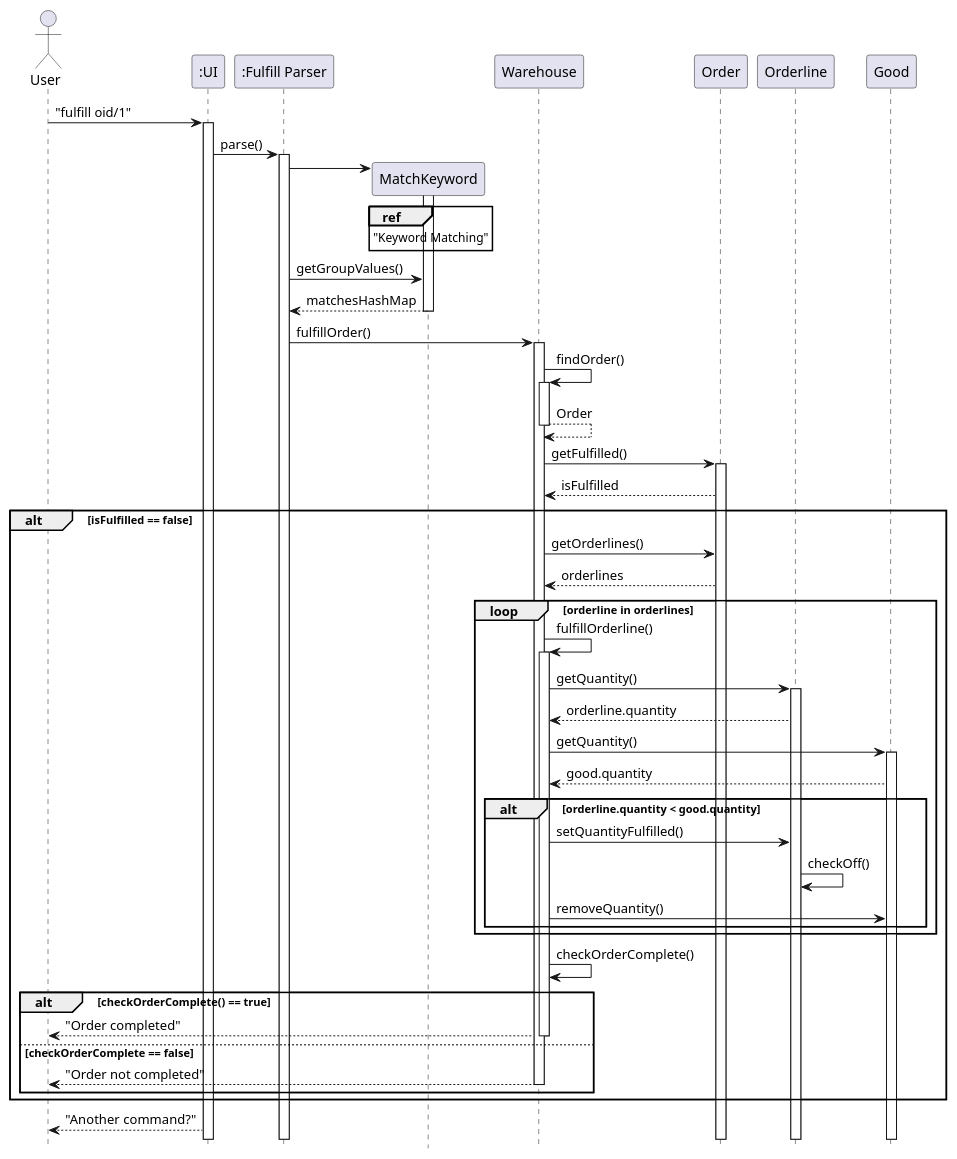
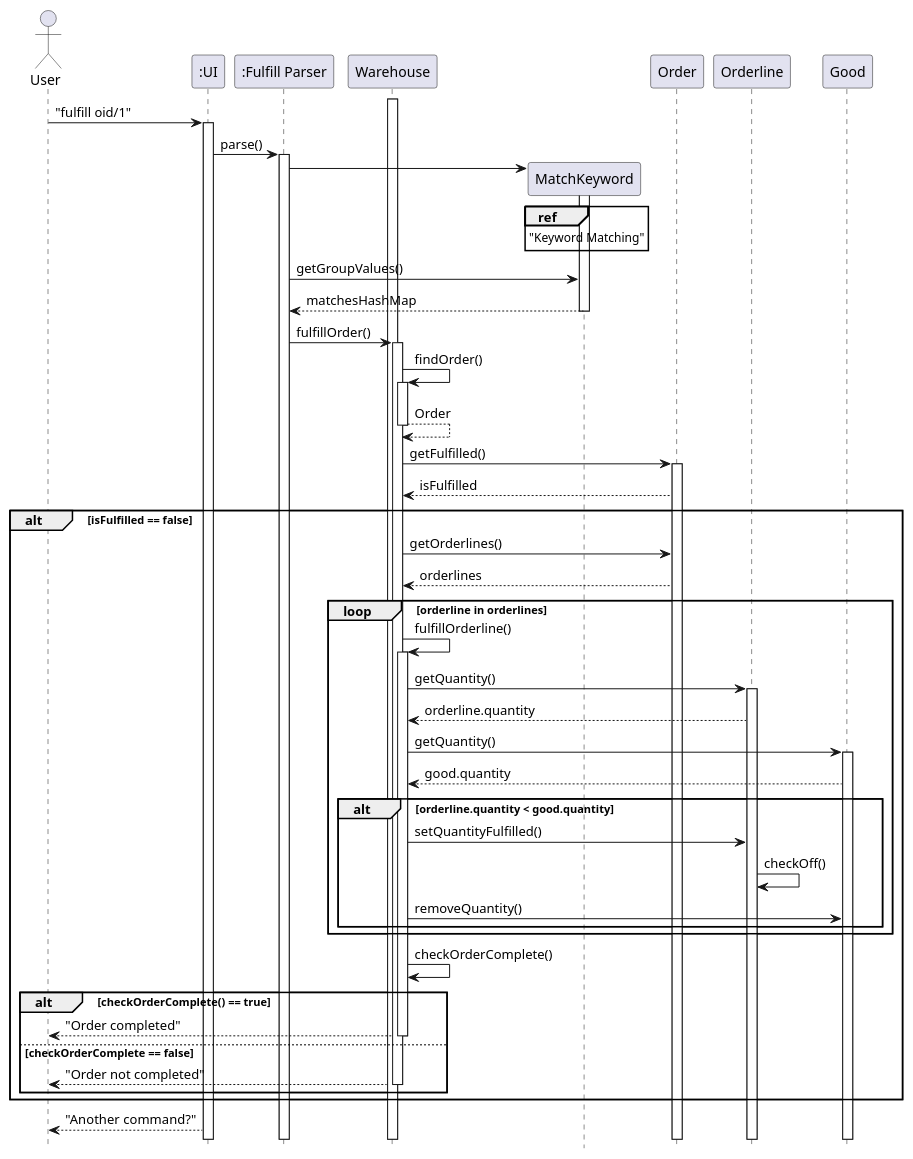
One commit to nus-cs2113-AY2122S2/tp changed the diagram in docs/diagrams/FulfillSequence.puml. Above: the diagram before and after it, drawn with PlantUML. The commit also changed 3 other files, not shown here.

```diff
--- a/docs/diagrams/FulfillSequence.puml
+++ b/docs/diagrams/FulfillSequence.puml
@@ -1,48 +1,49 @@
 @startuml
 'https://plantuml.com/sequence-diagram
 hide footbox
 
 Actor User as user
 Participant ":UI" as ui
 Participant ":Fulfill Parser" as fulfillParser
+
+activate Warehouse
 
 user -> ui ++ : "fulfill oid/1"
 
 ui -> fulfillParser : parse()
 activate fulfillParser
 create MatchKeyword
 fulfillParser -> MatchKeyword ++
 ref over MatchKeyword : "Keyword Matching"
 fulfillParser -> MatchKeyword : getGroupValues()
 MatchKeyword --> fulfillParser : matchesHashMap
 deactivate MatchKeyword
 fulfillParser -> Warehouse ++ : fulfillOrder()
 Warehouse -> Warehouse ++ : findOrder()
 Warehouse --> Warehouse -- : Order
 Warehouse -> Order ++ : getFulfilled()
 Order --> Warehouse : isFulfilled
 alt isFulfilled == false
     Warehouse -> Order : getOrderlines()
     Order --> Warehouse : orderlines
         loop orderline in orderlines
             Warehouse -> Warehouse ++ : fulfillOrderline()
             Warehouse -> Orderline ++ : getQuantity()
             Orderline --> Warehouse : orderline.quantity
             Warehouse -> Good ++ : getQuantity()
             Good --> Warehouse : good.quantity
             alt orderline.quantity < good.quantity
                 Warehouse -> Orderline : setQuantityFulfilled()
                 Orderline -> Orderline : checkOff()
                 Warehouse -> Good : removeQuantity()
             end
         end
     Warehouse -> Warehouse : checkOrderComplete()
     alt checkOrderComplete() == true
         Warehouse --> user -- : "Order completed"
     else checkOrderComplete == false
         Warehouse --> user -- : "Order not completed"
     end
 end
 ui --> user : "Another command?"
-deactivate Warehouse
 @enduml
```
